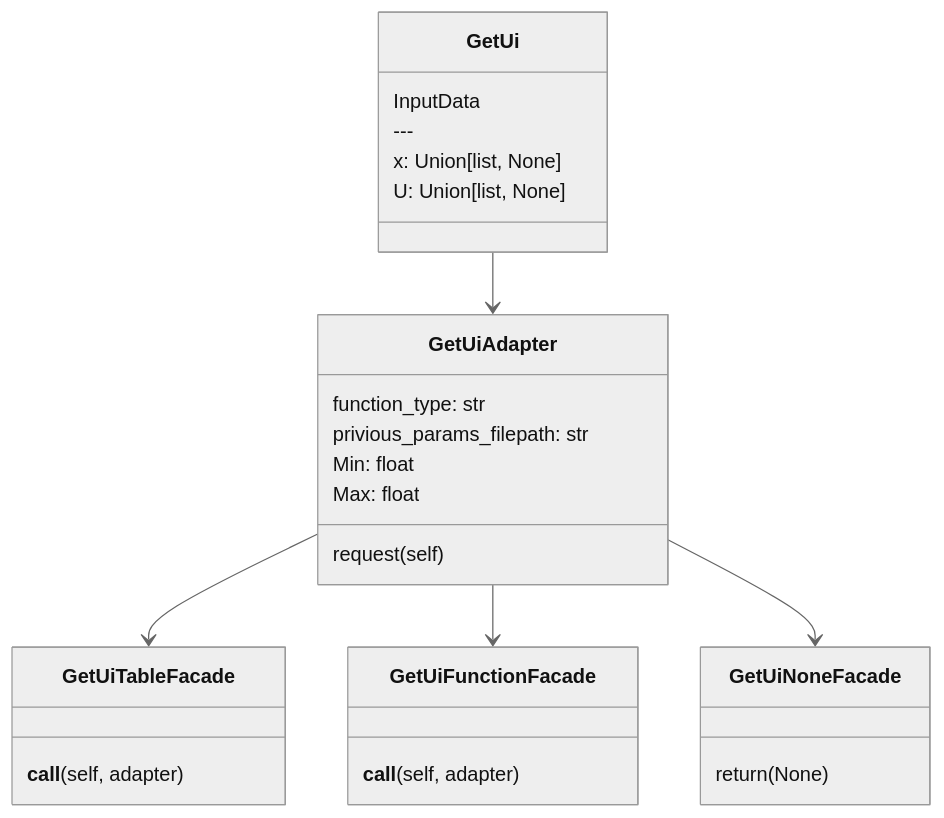
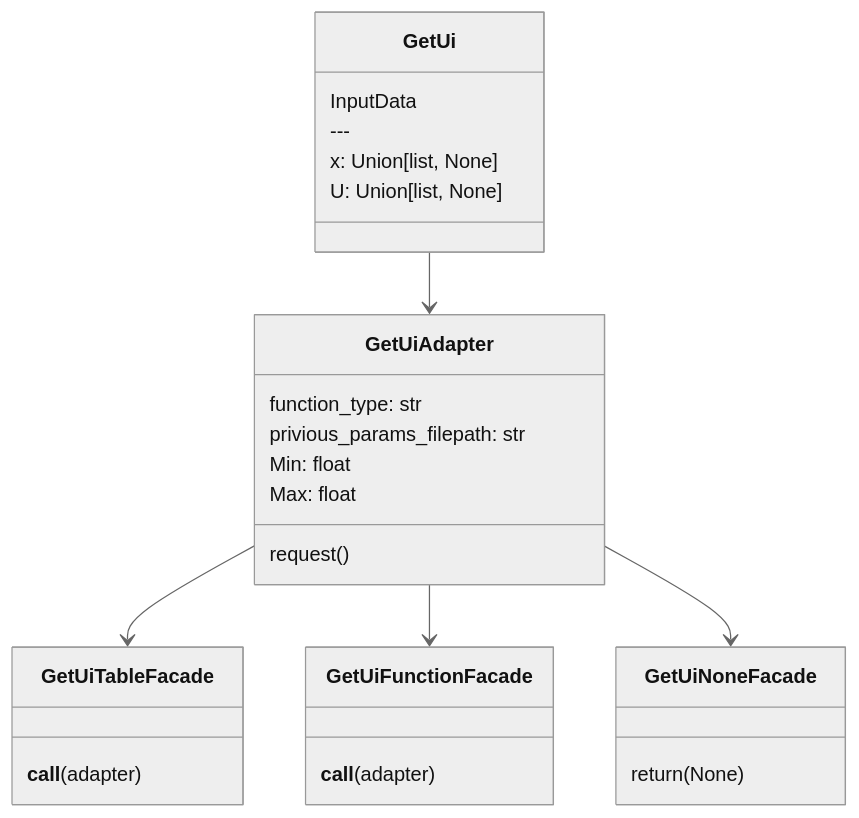
The second of 4 diagrams in README.md (FjShm/research), drawn with Mermaid (neutral theme) before and after one commit. The commit also changed other lines of this file, not shown here.

````diff
--- a/README.md
+++ b/README.md
@@ -211,35 +208,35 @@
 ```mermaid
 classDiagram
 
 class GetUi{
     InputData
     ---
     x: Union[list, None]
     U: Union[list, None]
 }
 
 class GetUiAdapter{
     function_type: str
     privious_params_filepath: str
     Min: float
     Max: float
-    request(self)
+    request()
 }
 
 class GetUiTableFacade{
-    __call__(self, adapter)
+    __call__(adapter)
 }
 
 class GetUiFunctionFacade{
-    __call__(self, adapter)
+    __call__(adapter)
 }
 
 class GetUiNoneFacade{
     return(None)
 }
 
 GetUi --> GetUiAdapter
 GetUiAdapter --> GetUiTableFacade
 GetUiAdapter --> GetUiFunctionFacade
 GetUiAdapter --> GetUiNoneFacade
 ```
````
